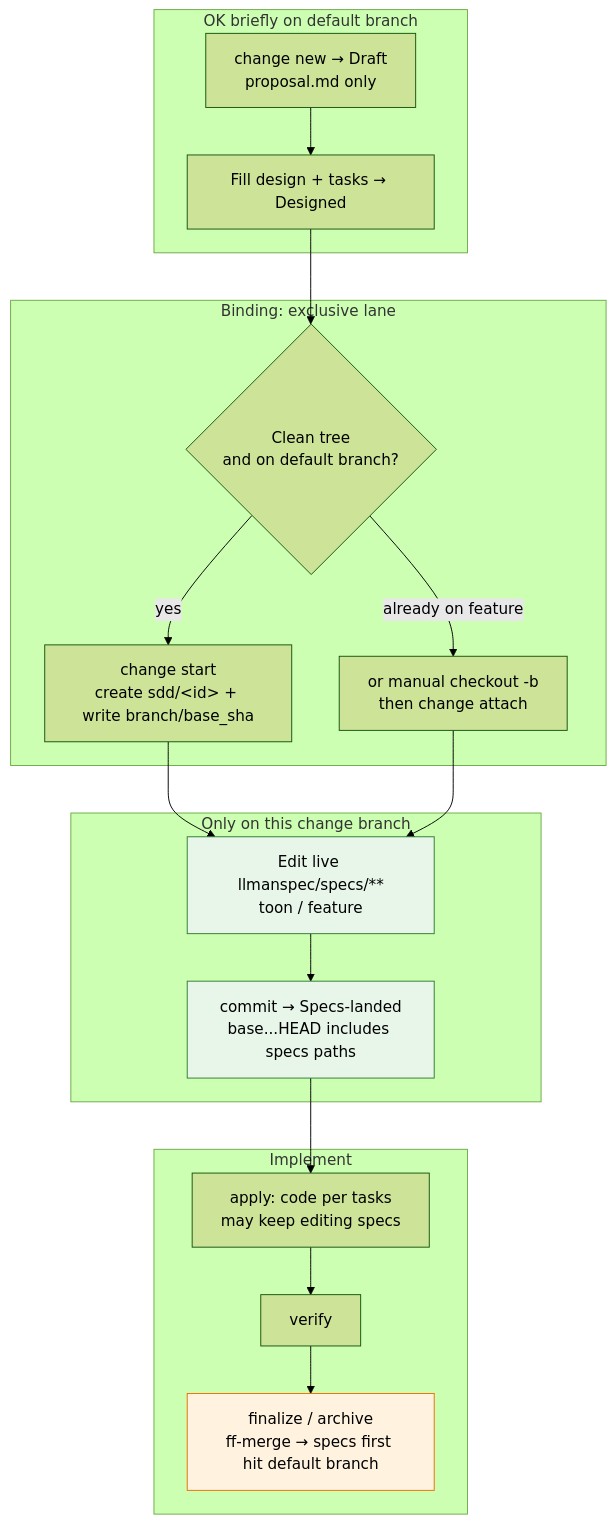
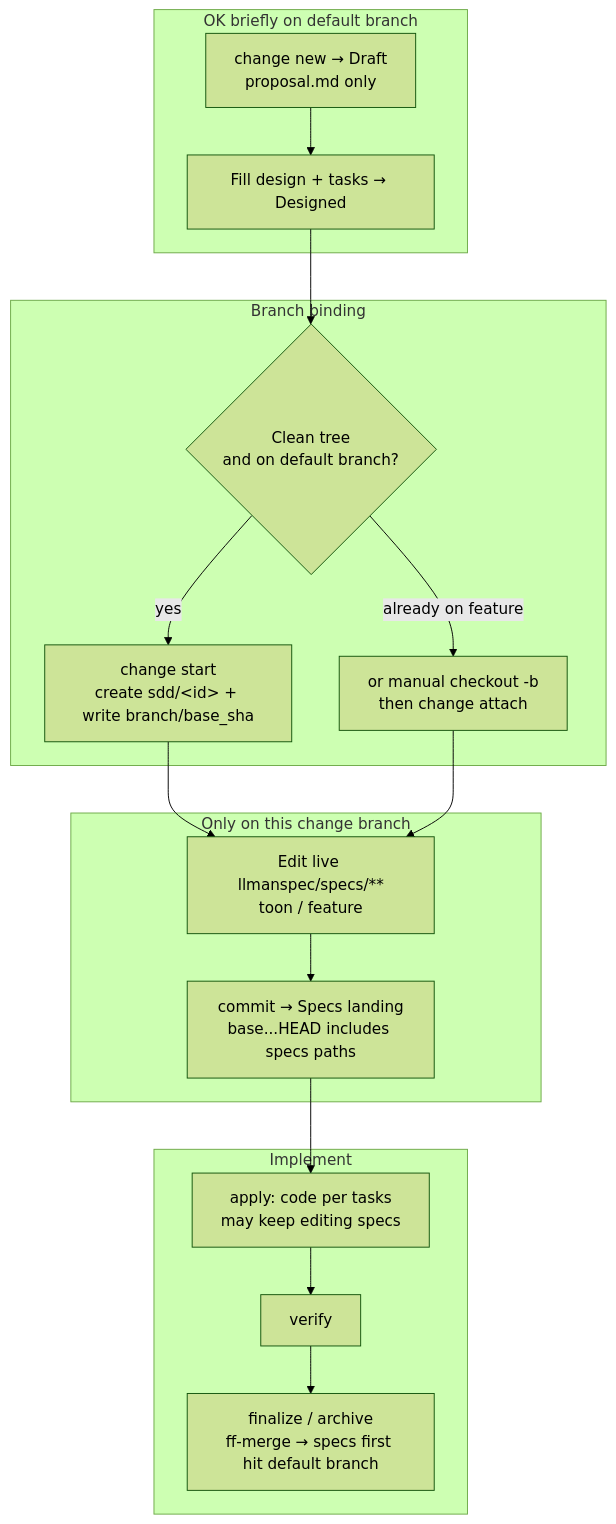
One commit to StrayDragon/llman changed the diagram in templates/sdd/en/units/skills/git-native-flow.md. Above: the diagram before and after it, drawn with Mermaid (forest theme). The commit also changed other lines of this file and 48 other files, not shown here.

````diff
--- a/templates/sdd/en/units/skills/git-native-flow.md
+++ b/templates/sdd/en/units/skills/git-native-flow.md
@@ -5,33 +5,29 @@
 ```mermaid
 flowchart TB
   subgraph main_ok["OK briefly on default branch"]
     A["change new → Draft<br/>proposal.md only"]
     B["Fill design + tasks → Designed"]
   end
 
-  subgraph gate_start["Binding: exclusive lane"]
+  subgraph gate_start["Branch binding"]
     C{"Clean tree<br/>and on default branch?"}
     D["change start<br/>create sdd/&lt;id&gt; + write branch/base_sha"]
     E["or manual checkout -b<br/>then change attach"]
   end
 
   subgraph specs_only["Only on this change branch"]
     F["Edit live llmanspec/specs/**<br/>toon / feature"]
-    G["commit → Specs-landed<br/>base...HEAD includes specs paths"]
+    G["commit → Specs landing<br/>base...HEAD includes specs paths"]
   end
 
   subgraph implement["Implement"]
     H["apply: code per tasks<br/>may keep editing specs"]
     I["verify"]
     J["finalize / archive<br/>ff-merge → specs first hit default branch"]
   end
 
   A --> B --> C
   C -->|yes| D --> F
   C -->|already on feature| E --> F
   F --> G --> H --> I --> J
-
-  style F fill:#e8f5e9,stroke:#2e7d32
-  style G fill:#e8f5e9,stroke:#2e7d32
-  style J fill:#fff3e0,stroke:#ef6c00
 ```
````
